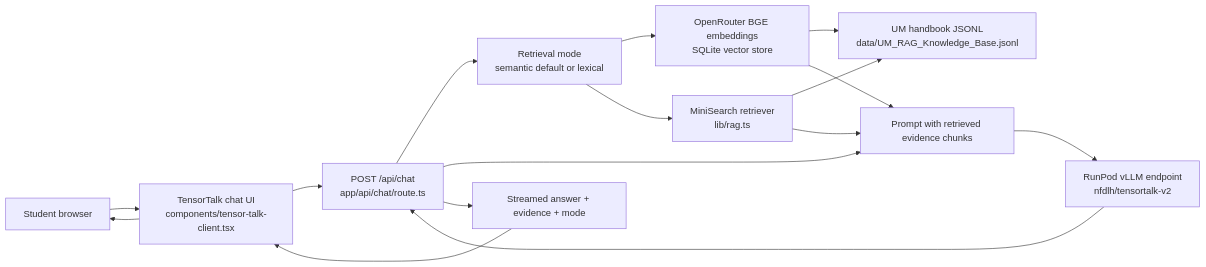
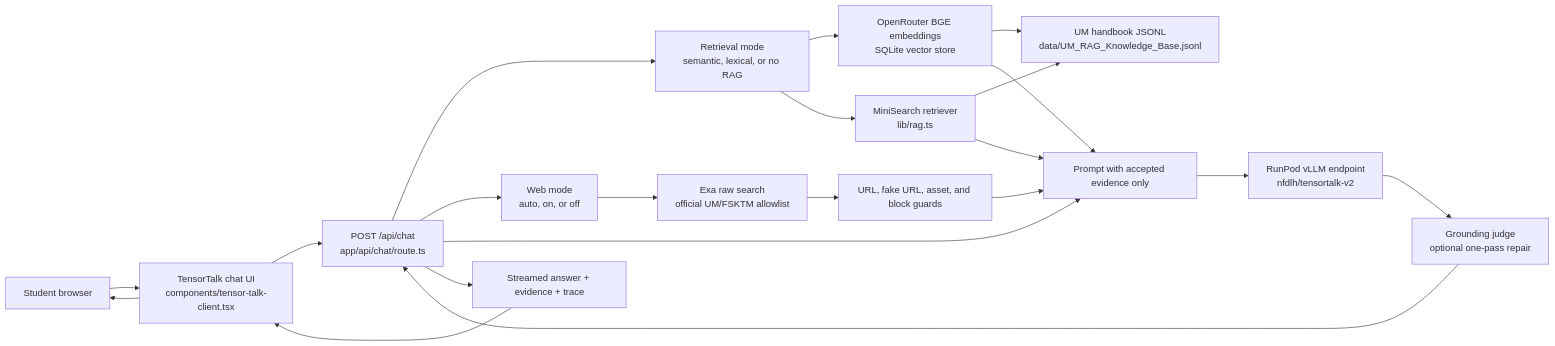
One commit to nfdlh/tensor-talk changed the diagram in README.md. Above: the diagram before and after it, drawn with Mermaid. The commit also changed other lines of this file and 21 other files, not shown here.

Commit message:
feat: add agentic web search tracing

````diff
--- a/README.md
+++ b/README.md
@@ -16,22 +17,29 @@
 ```mermaid
 flowchart LR
   User["Student browser"]
   UI["TensorTalk chat UI<br/>components/tensor-talk-client.tsx"]
   API["POST /api/chat<br/>app/api/chat/route.ts"]
-  Mode["Retrieval mode<br/>semantic default or lexical"]
+  Mode["Retrieval mode<br/>semantic, lexical, or no RAG"]
+  WebMode["Web mode<br/>auto, on, or off"]
   Semantic["OpenRouter BGE embeddings<br/>SQLite vector store"]
   Lexical["MiniSearch retriever<br/>lib/rag.ts"]
+  Exa["Exa raw search<br/>official UM/FSKTM allowlist"]
+  Guard["URL, fake URL, asset, and block guards"]
   KB["UM handbook JSONL<br/>data/UM_RAG_Knowledge_Base.jsonl"]
-  Prompt["Prompt with retrieved evidence chunks"]
+  Prompt["Prompt with accepted evidence only"]
   Model["RunPod vLLM endpoint<br/>nfdlh/tensortalk-v2"]
-  Response["Streamed answer + evidence + mode"]
+  Judge["Grounding judge<br/>optional one-pass repair"]
+  Response["Streamed answer + evidence + trace"]
 
   User --> UI --> API
   API --> Mode
+  API --> WebMode
   Mode --> Semantic --> KB
   Mode --> Lexical --> KB
+  WebMode --> Exa --> Guard
   Semantic --> Prompt
   Lexical --> Prompt
-  API --> Prompt --> Model --> API
+  Guard --> Prompt
+  API --> Prompt --> Model --> Judge --> API
   API --> Response --> UI --> User
 ```
````
